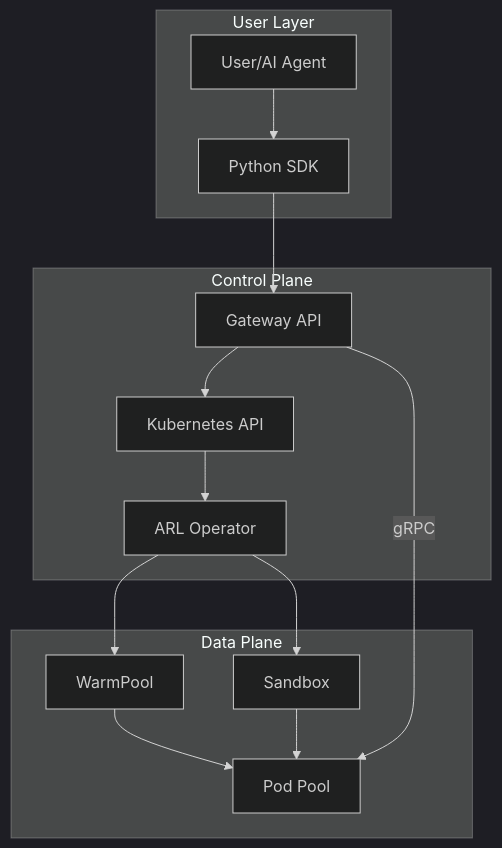
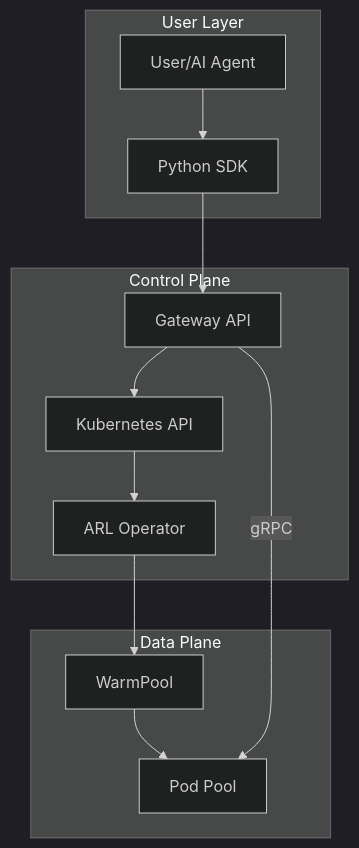
The diagram in docs/index.md (Lincyaw/agent-env), drawn with Mermaid (dark theme) before and after one commit. The commit also changed 11 other files, not shown here.

````diff
--- a/docs/index.md
+++ b/docs/index.md
@@ -53,29 +53,26 @@
 ```mermaid
 graph TB
     subgraph "User Layer"
         User[User/AI Agent]
         SDK[Python SDK]
         User --> SDK
     end
 
     subgraph "Control Plane"
         Gateway[Gateway API]
         API[Kubernetes API]
         Operator[ARL Operator]
         SDK --> Gateway
         Gateway --> API
         API --> Operator
     end
 
     subgraph "Data Plane"
         WP[WarmPool]
-        SB[Sandbox]
         Pods[Pod Pool]
 
         Operator --> WP
-        Operator --> SB
         WP --> Pods
-        SB --> Pods
         Gateway --> |gRPC| Pods
     end
 ```
````
